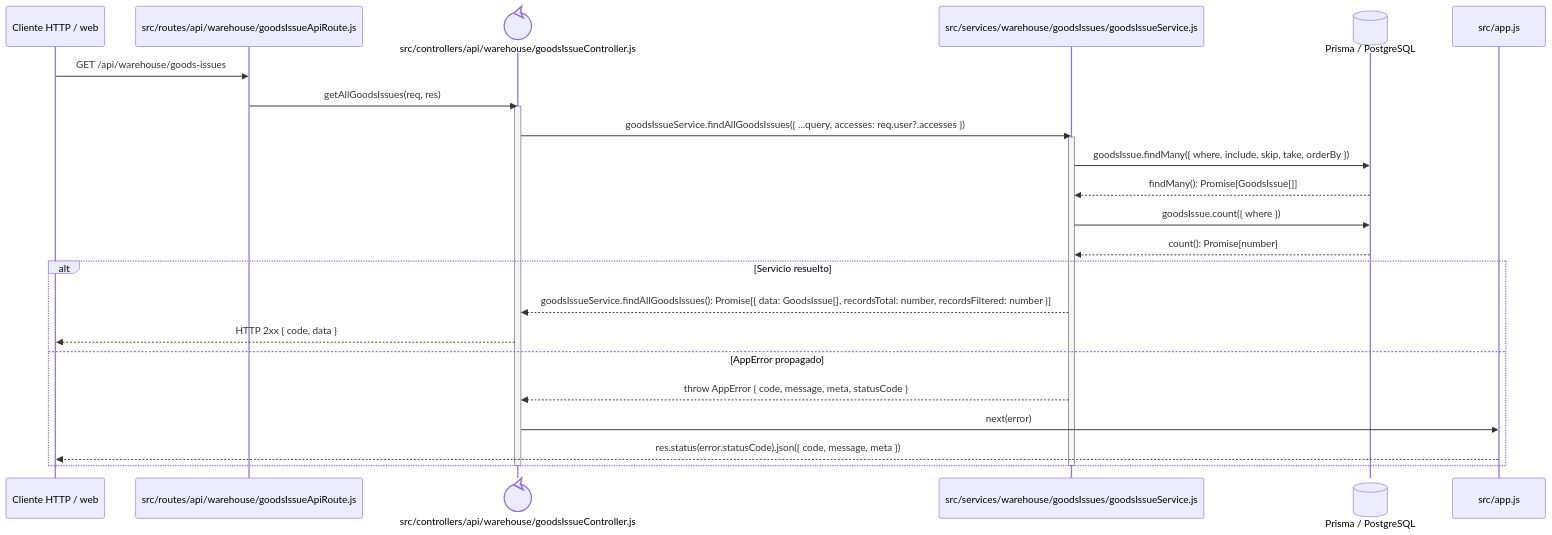
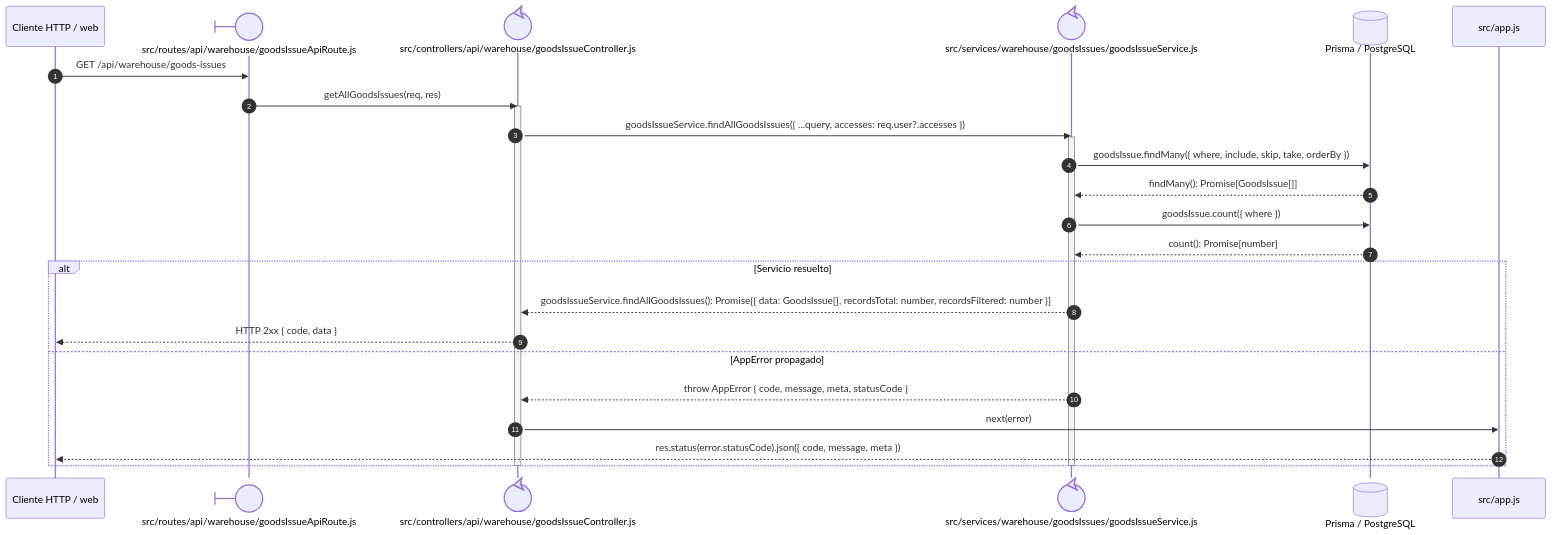
The diagram in docs/architecture/views/processes/backend-code-sequences/issues/cu-sal-01.md (gpgsistemas01/nexus), drawn with Mermaid before and after one commit. The commit also changed 198 other files, not shown here.

Commit message:
docs: mejorar notación UML y distribución de diagramas Mermaid

````diff
--- a/docs/architecture/views/processes/backend-code-sequences/issues/cu-sal-01.md
+++ b/docs/architecture/views/processes/backend-code-sequences/issues/cu-sal-01.md
@@ -6,29 +6,30 @@
 ```mermaid
 sequenceDiagram
+    autonumber
     participant Client as Cliente HTTP / web
-    participant Route as src/routes/api/warehouse/goodsIssueApiRoute.js
+    participant Route@{ "type": "boundary" } as src/routes/api/warehouse/goodsIssueApiRoute.js
     participant Controller@{ "type": "control" } as src/controllers/api/warehouse/goodsIssueController.js
-    participant Domain as src/services/warehouse/goodsIssues/goodsIssueService.js
+    participant Domain@{ "type": "control" } as src/services/warehouse/goodsIssues/goodsIssueService.js
     participant Prisma@{ "type": "database" } as Prisma / PostgreSQL
     participant ErrorHandler as src/app.js
 
     Client->>Route: GET /api/warehouse/goods-issues
     Route->>Controller: getAllGoodsIssues(req, res)
     activate Controller
     Controller->>Domain: goodsIssueService.findAllGoodsIssues({ ...query, accesses: req.user?.accesses })
     activate Domain
     Domain->>Prisma: goodsIssue.findMany({ where, include, skip, take, orderBy })
     Prisma-->>Domain: findMany(): Promise[GoodsIssue[]]
     Domain->>Prisma: goodsIssue.count({ where })
     Prisma-->>Domain: count(): Promise[number]
     alt Servicio resuelto
         Domain-->>Controller: goodsIssueService.findAllGoodsIssues(): Promise[{ data: GoodsIssue[], recordsTotal: number, recordsFiltered: number }]
         Controller-->>Client: HTTP 2xx { code, data }
     else AppError propagado
         Domain-->>Controller: throw AppError { code, message, meta, statusCode }
         Controller->>ErrorHandler: next(error)
         ErrorHandler-->>Client: res.status(error.statusCode).json({ code, message, meta })
     end
     deactivate Domain
     deactivate Controller
 ```
````
